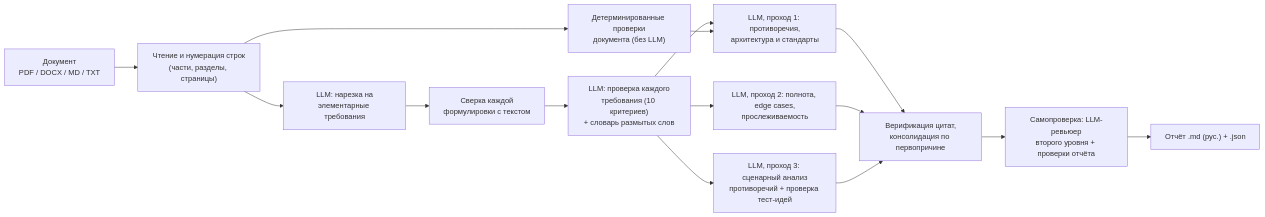
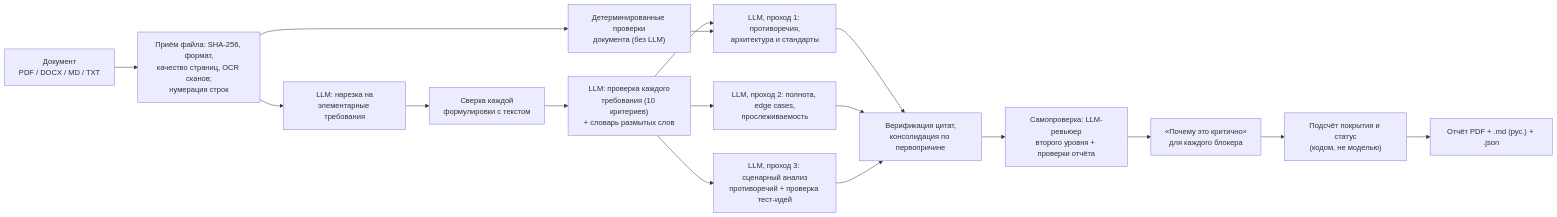
The diagram in README.md (gooflamingo75/req-review-agent), drawn with Mermaid before and after one commit. The commit also changed other lines of this file and 18 other files, not shown here.

First line of the commit message:
v3.0.0: приём документа с проверкой целостности, OCR сканов, честный учёт покрытия, панель и статус проверки, «Почему это критично», PDF-отчёт со ссылками на исходный текст

````diff
--- a/README.md
+++ b/README.md
@@ -128,17 +175,19 @@
 ```mermaid
 flowchart LR
-    A["Документ<br>PDF / DOCX / MD / TXT"] --> B["Чтение и нумерация строк<br>(части, разделы, страницы)"]
+    A["Документ<br>PDF / DOCX / MD / TXT"] --> B["Приём файла: SHA-256, формат,<br>качество страниц, OCR сканов;<br>нумерация строк"]
     B --> C["LLM: нарезка на<br>элементарные требования"]
     C --> V1["Сверка каждой<br>формулировки с текстом"]
     V1 --> D["LLM: проверка каждого<br>требования (10 критериев)<br>+ словарь размытых слов"]
     D --> E1["LLM, проход 1: противоречия,<br>архитектура и стандарты"]
     D --> E2["LLM, проход 2: полнота, edge cases,<br>прослеживаемость"]
     D --> E3["LLM, проход 3: сценарный анализ<br>противоречий + проверка тест-идей"]
     B --> RL["Детерминированные проверки<br>документа (без LLM)"]
     RL --> E1
     E1 --> V2["Верификация цитат,<br>консолидация по первопричине"]
     E2 --> V2
     E3 --> V2
     V2 --> CR["Самопроверка: LLM-ревьюер<br>второго уровня + проверки отчёта"]
-    CR --> F["Отчёт .md (рус.) + .json"]
+    CR --> WH["«Почему это критично»<br>для каждого блокера"]
+    WH --> CV["Подсчёт покрытия и статус<br>(кодом, не моделью)"]
+    CV --> F["Отчёт PDF + .md (рус.) + .json"]
 ```
````
